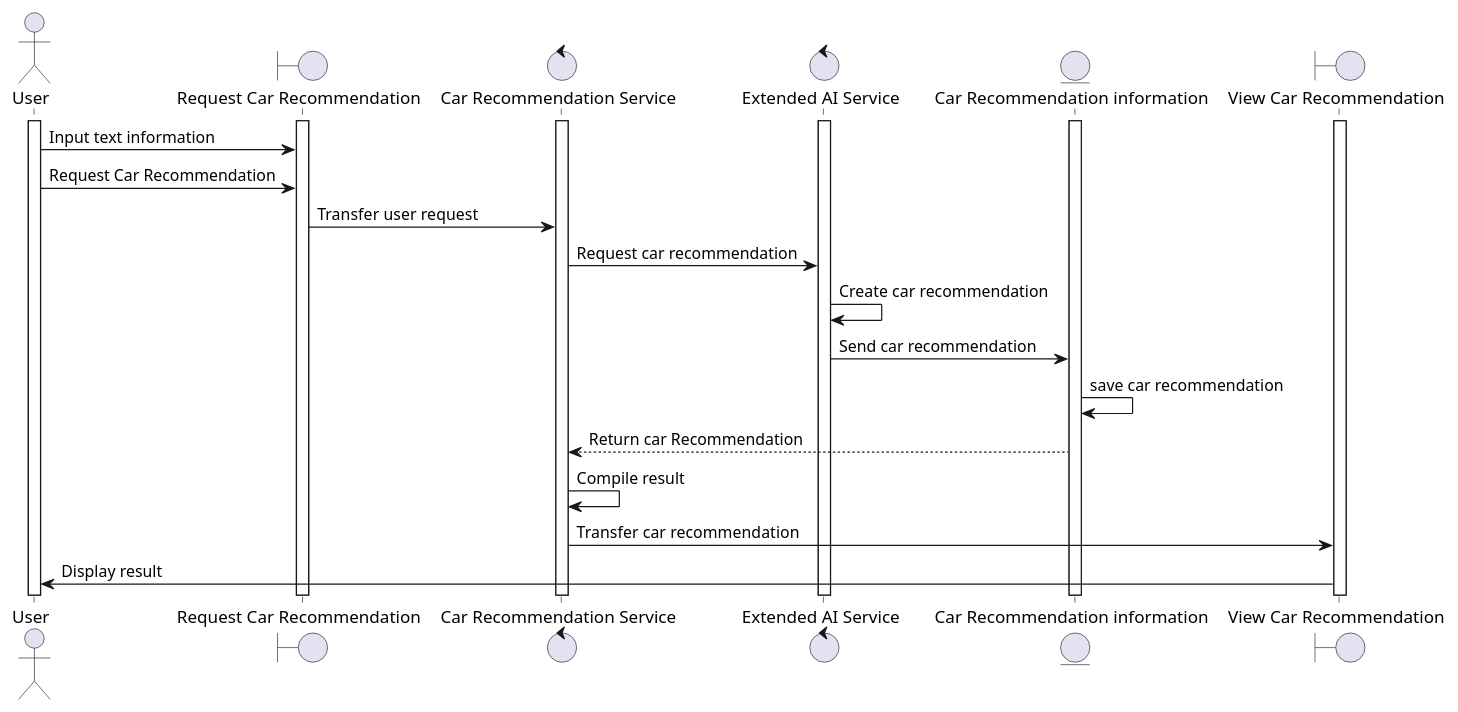
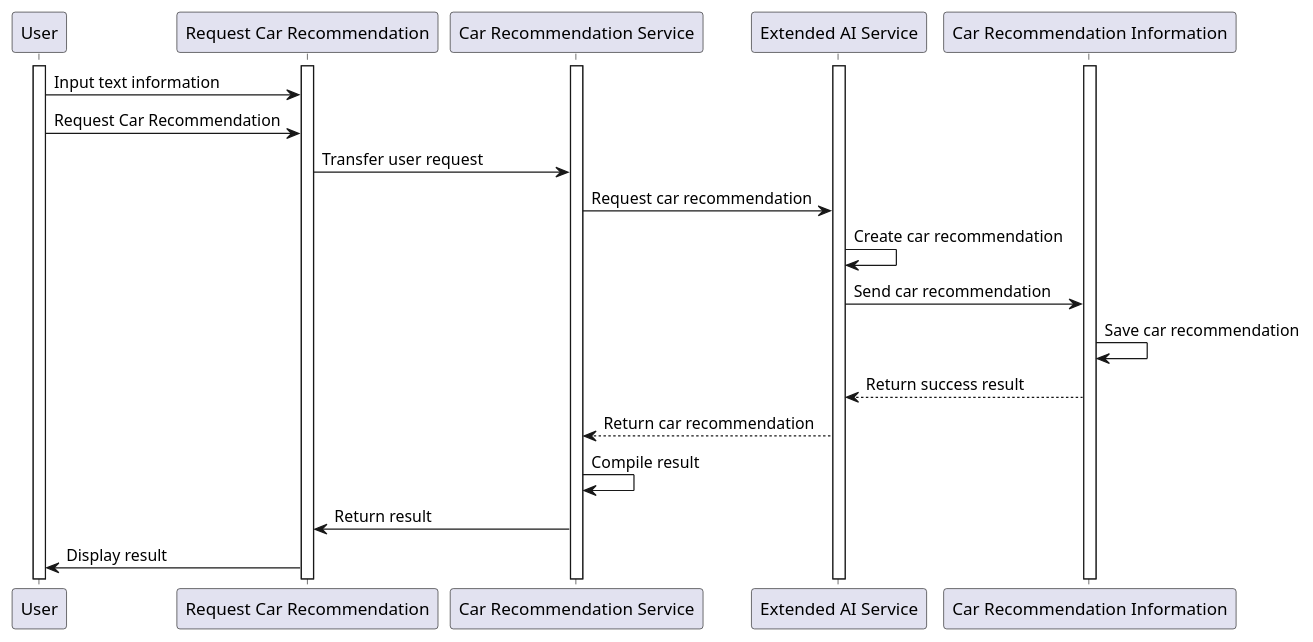
Before and after one commit to AhsanM71/SFWRENG-3A04-D1: the diagram in PUML/BE6.puml, drawn with PlantUML. The commit also changed 13 other files, not shown here.

Commit message:
updated sequence diagrams

```diff
--- a/PUML/BE6.puml
+++ b/PUML/BE6.puml
@@ -1,35 +1,27 @@
-@startuml
-
-actor User
-boundary "Request Car Recommendation"
-control "Car Recommendation Service"
-control "Extended AI Service"
-entity "Car Recommendation information"
-boundary "View Car Recommendation"
-
-
+@startuml be6
+participant User
+participant "Request Car Recommendation"
+participant "Car Recommendation Service"
+participant "Extended AI Service"
+participant "Car Recommendation Information"
 
 activate User
+activate "Request Car Recommendation"
 activate "Car Recommendation Service"
 activate "Extended AI Service"
-activate "Request Car Recommendation"
-activate "View Car Recommendation"
-activate "Car Recommendation information"
+activate "Car Recommendation Information"
 
 User -> "Request Car Recommendation": Input text information
 User -> "Request Car Recommendation": Request Car Recommendation
-"Request Car Recommendation"->"Car Recommendation Service": Transfer user request
-"Car Recommendation Service"->"Extended AI Service": Request car recommendation
-"Extended AI Service"->"Extended AI Service": Create car recommendation
-"Extended AI Service"->"Car Recommendation information": Send car recommendation
-"Car Recommendation information"->"Car Recommendation information": save car recommendation
-"Car Recommendation Service"<--"Car Recommendation information": Return car Recommendation
-"Car Recommendation Service"->"Car Recommendation Service": Compile result
-"Car Recommendation Service"->"View Car Recommendation": Transfer car recommendation
-"View Car Recommendation"->User: Display result
-
-
-
-
+"Request Car Recommendation" -> "Car Recommendation Service": Transfer user request
+"Car Recommendation Service" -> "Extended AI Service": Request car recommendation
+"Extended AI Service" -> "Extended AI Service": Create car recommendation
+"Extended AI Service" -> "Car Recommendation Information": Send car recommendation
+"Car Recommendation Information" -> "Car Recommendation Information": Save car recommendation
+"Car Recommendation Information" --> "Extended AI Service": Return success result
+"Car Recommendation Service" <-- "Extended AI Service": Return car recommendation
+"Car Recommendation Service" -> "Car Recommendation Service": Compile result
+"Car Recommendation Service" -> "Request Car Recommendation": Return result
+"Request Car Recommendation" -> User: Display result
 
 @enduml
```
